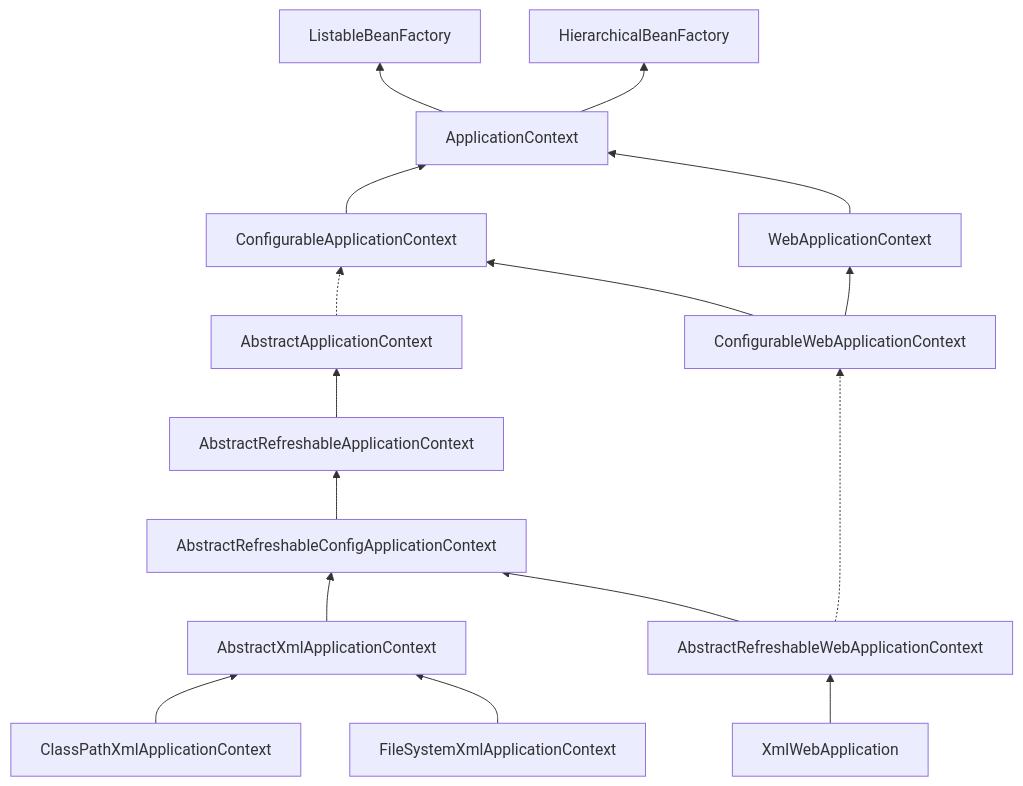
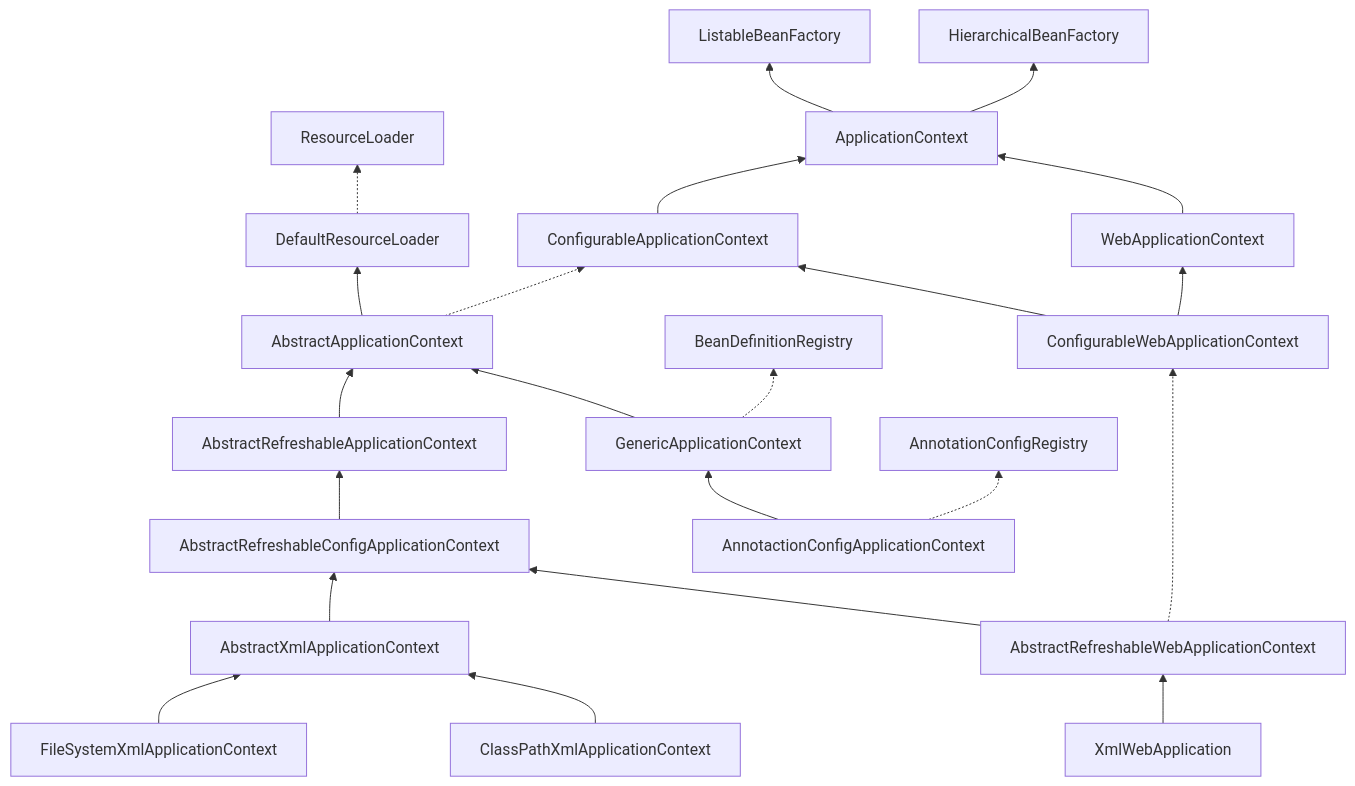
Before and after one commit to ubuntuvim/xcoding: the fourth of 7 diagrams in source/_posts/Spring/Spring Framework.md, drawn with Mermaid. The commit also changed other lines of this file and 7 other files, not shown here.

````diff
--- a/source/_posts/Spring/Spring Framework.md
+++ b/source/_posts/Spring/Spring Framework.md
@@ -172,20 +167,27 @@
 ```mermaid
 graph BT
+
+FileSystemXmlApplicationContext --> AbstractXmlApplicationContext
 ClassPathXmlApplicationContext --> AbstractXmlApplicationContext
-FileSystemXmlApplicationContext --> AbstractXmlApplicationContext
 AbstractXmlApplicationContext --> AbstractRefreshableConfigApplicationContext
 AbstractRefreshableConfigApplicationContext --> AbstractRefreshableApplicationContext
 AbstractRefreshableApplicationContext --> AbstractApplicationContext
+AbstractApplicationContext --> DefaultResourceLoader
+DefaultResourceLoader -.-> ResourceLoader
 AbstractApplicationContext -.-> ConfigurableApplicationContext
 ConfigurableApplicationContext --> ApplicationContext
 ApplicationContext --> ListableBeanFactory
 
 XmlWebApplication --> AbstractRefreshableWebApplicationContext
 AbstractRefreshableWebApplicationContext --> AbstractRefreshableConfigApplicationContext
 AbstractRefreshableWebApplicationContext -.-> ConfigurableWebApplicationContext
 ConfigurableWebApplicationContext --> ConfigurableApplicationContext
 ConfigurableWebApplicationContext --> WebApplicationContext
 WebApplicationContext --> ApplicationContext
 ApplicationContext --> HierarchicalBeanFactory
 
+AnnotactionConfigApplicationContext --> GenericApplicationContext 
+AnnotactionConfigApplicationContext -.-> AnnotationConfigRegistry
+GenericApplicationContext --> AbstractApplicationContext
+GenericApplicationContext -.-> BeanDefinitionRegistry
 ```
````
